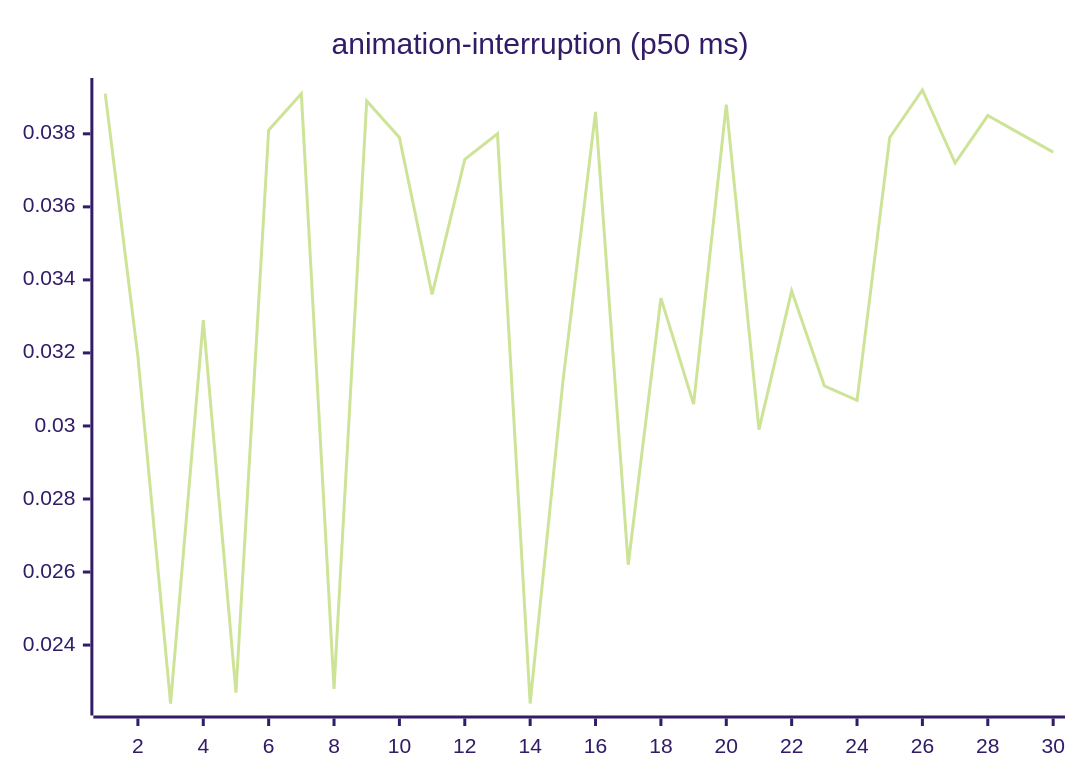
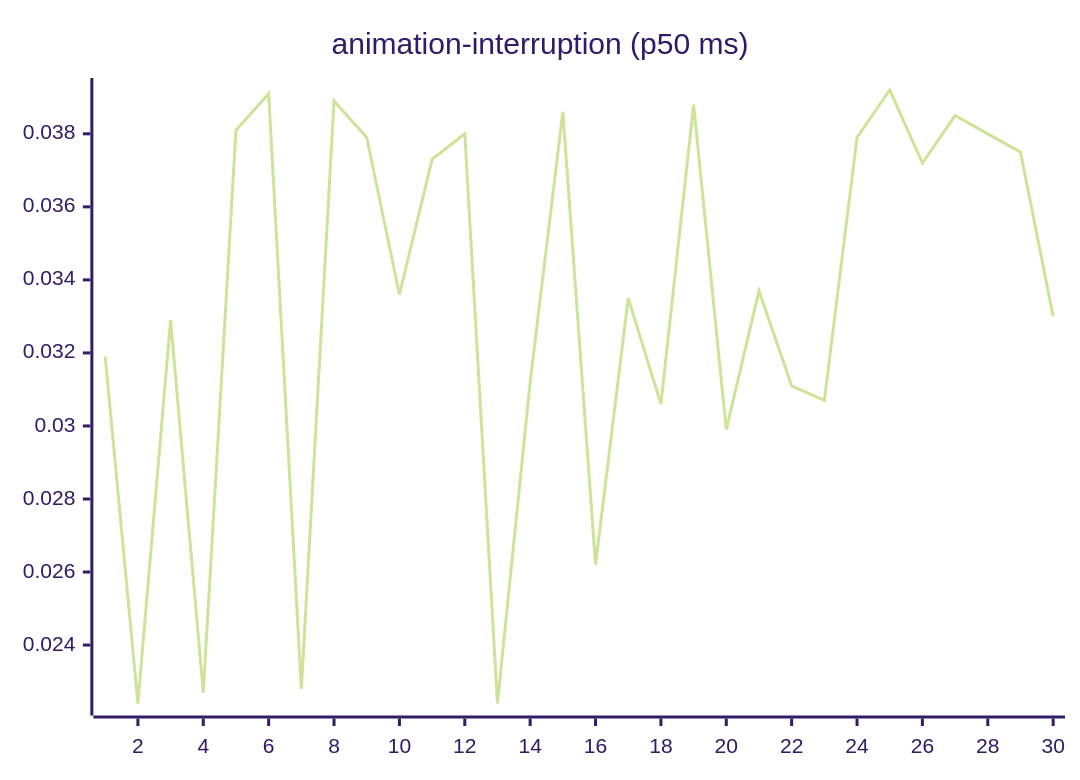
Before and after one commit to josha/Facet: the third of 27 diagrams in README.md, drawn with Mermaid (forest theme). The commit also changed other lines of this file and 2 other files, not shown here.

````diff
--- a/README.md
+++ b/README.md
@@ -77,6 +77,6 @@
 ```mermaid
 xychart-beta
     title "animation-interruption (p50 ms)"
     x-axis 1 --> 30
-    line [0.0391, 0.0319, 0.0224, 0.0329, 0.0227, 0.0381, 0.0391, 0.0228, 0.0389, 0.0379, 0.0336, 0.0373, 0.0380, 0.0224, 0.0312, 0.0386, 0.0262, 0.0335, 0.0306, 0.0388, 0.0299, 0.0337, 0.0311, 0.0307, 0.0379, 0.0392, 0.0372, 0.0385, 0.0380, 0.0375]
+    line [0.0319, 0.0224, 0.0329, 0.0227, 0.0381, 0.0391, 0.0228, 0.0389, 0.0379, 0.0336, 0.0373, 0.0380, 0.0224, 0.0312, 0.0386, 0.0262, 0.0335, 0.0306, 0.0388, 0.0299, 0.0337, 0.0311, 0.0307, 0.0379, 0.0392, 0.0372, 0.0385, 0.0380, 0.0375, 0.0330]
 ```
````
